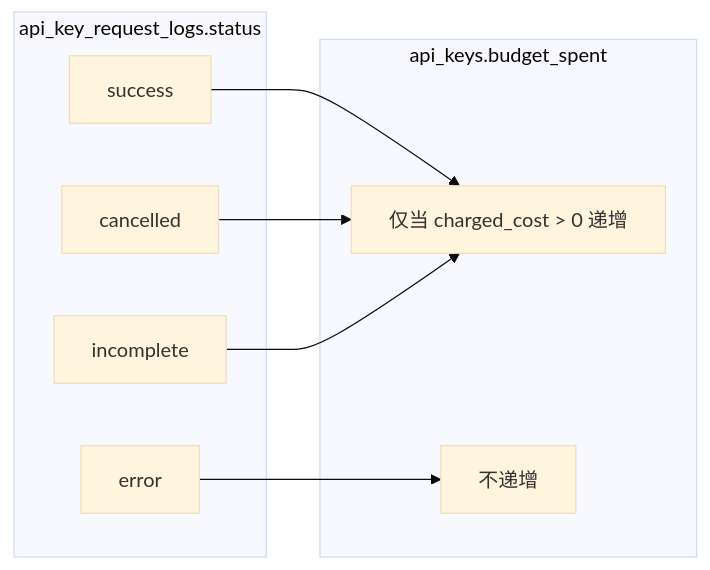
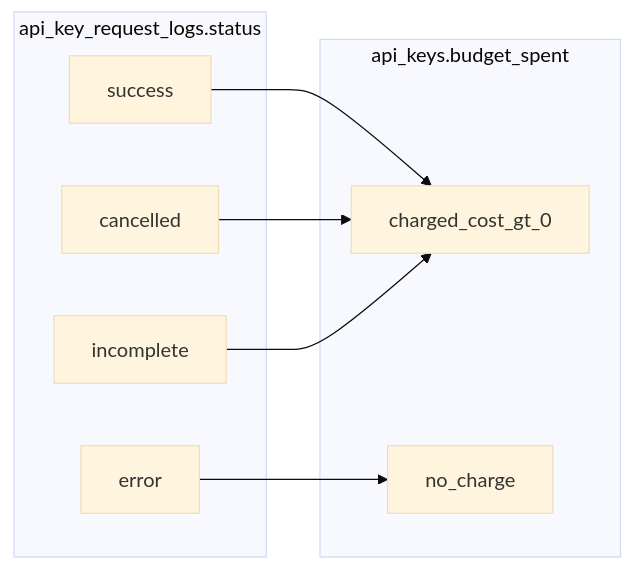
Before and after one commit to OctaFuse/octafuse-gateway: the second of 2 diagrams in docs/reference/streaming-billing.md, drawn with Mermaid (base theme). The commit also changed other lines of this file and 21 other files, not shown here.

````diff
--- a/docs/reference/streaming-billing.md
+++ b/docs/reference/streaming-billing.md
@@ -106,18 +32,17 @@
 ```mermaid
 flowchart LR
   subgraph status [api_key_request_logs.status]
     success[success]
     cancelled[cancelled]
     incomplete[incomplete]
     error[error]
   end
   subgraph billing [api_keys.budget_spent]
-    maybe[仅当 charged_cost > 0 递增]
-    no[不递增]
+    maybe[charged_cost_gt_0]
+    no[no_charge]
   end
-
   success --> maybe
   cancelled --> maybe
   incomplete --> maybe
   error --> no
 ```
````
